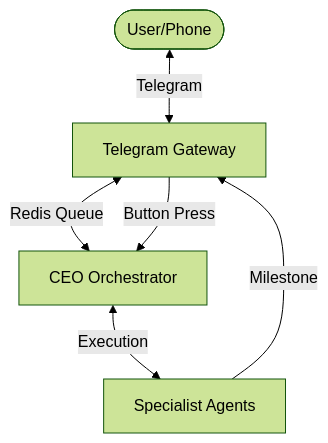
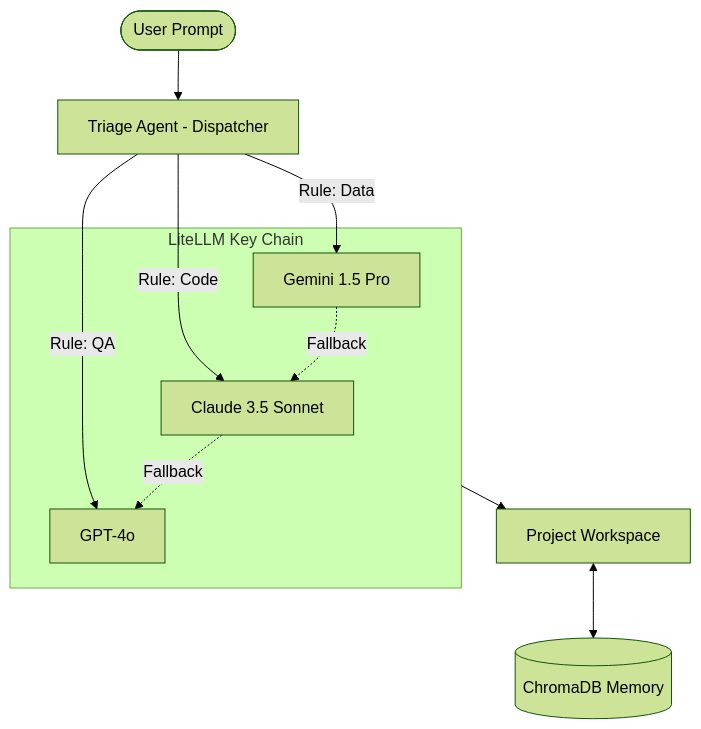
One commit to imranshiundu/AgentPrometheus changed the diagram in SYSTEM_ARCHITECTURE.md. Above: the diagram before and after it, drawn with Mermaid (forest theme). The commit also changed other lines of this file and 4 other files, not shown here.

Commit message:
Final Final: Multi-API Fallbacks, Triage Dispatcher, and Project Brand Finalization

````diff
--- a/SYSTEM_ARCHITECTURE.md
+++ b/SYSTEM_ARCHITECTURE.md
@@ -27,9 +30,16 @@
 ```mermaid
 graph TD
-    User([User/Phone]) <-->|Telegram| Gateway[Telegram Gateway]
-    Gateway <-->|Redis Queue| CEO[CEO Orchestrator]
-    CEO <-->|Execution| Trinity[Specialist Agents]
+    User([User Prompt]) --> Triage[Triage Agent - Dispatcher]
     
-    Trinity -->|Milestone| Gateway
-    Gateway -->|Button Press| CEO
+    Triage -->|Rule: Code| Claude[Claude 3.5 Sonnet]
+    Triage -->|Rule: Data| Gemini[Gemini 1.5 Pro]
+    Triage -->|Rule: QA| GPT4o[GPT-4o]
+    
+    subgraph Gateway [LiteLLM Key Chain]
+        Claude -.->|Fallback| GPT4o
+        Gemini -.->|Fallback| Claude
+    end
+    
+    Gateway --> Execution[Project Workspace]
+    Execution <--> HiveDB[(ChromaDB Memory)]
 ```
````
